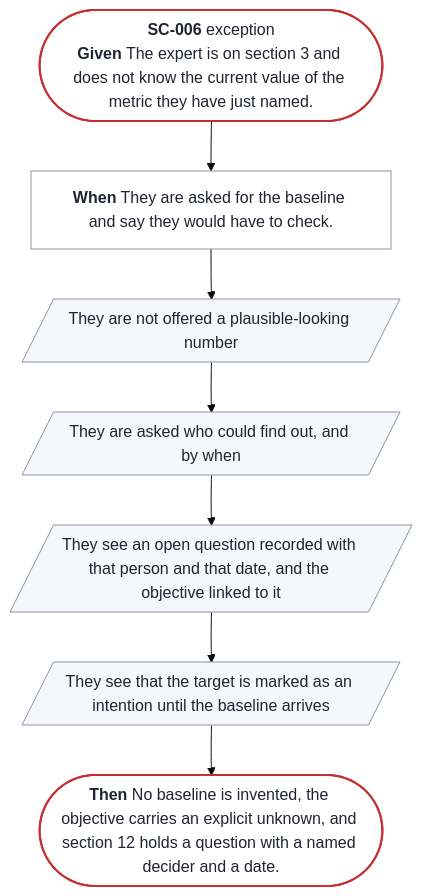
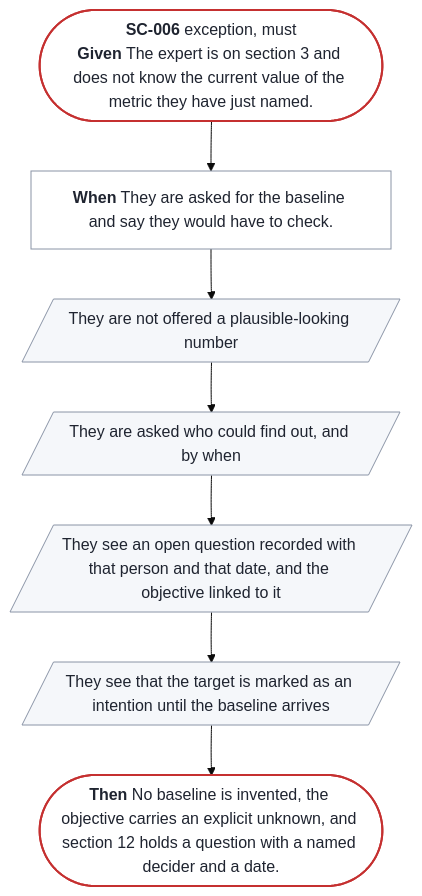
Before and after one commit to SpillwaveSolutions/prd-forge: the diagram in docs/prd/prd-forge/diagrams/SC-006.mmd, drawn with Mermaid (base theme). The commit also changed 116 other files, not shown here.

```diff
--- a/docs/prd/prd-forge/diagrams/SC-006.mmd
+++ b/docs/prd/prd-forge/diagrams/SC-006.mmd
@@ -1,20 +1,20 @@
 %% Generated by prd-diagrams.mjs from the scenario front matter. Do not edit.
 %%{init: {"flowchart": {"wrappingWidth": 300}}}%%
 flowchart TB
-  start(["<b>SC-006</b> exception<br/><b>Given</b> The expert is on section 3 and does not know the current value of the metric they have just named."])
+  start(["<b>SC-006</b> exception, must<br/><b>Given</b> The expert is on section 3 and does not know the current value of the metric they have just named."])
   trigger["<b>When</b> They are asked for the baseline and say they would have to check."]
   s0[/"They are not offered a plausible-looking number"/]
   s1[/"They are asked who could find out, and by when"/]
   s2[/"They see an open question recorded with that person and that date, and the objective linked to it"/]
   s3[/"They see that the target is marked as an intention until the baseline arrives"/]
   done(["<b>Then</b> No baseline is invented, the objective carries an explicit unknown, and section 12 holds a question with a named decider and a date."])
   start --> trigger --> s0 --> s1 --> s2 --> s3 --> done
   classDef ends fill:#FFFFFF,stroke:#C53030,stroke-width:2px,color:#1F2430
   classDef sees fill:#F5F7FA,stroke:#8A94A6,color:#1F2430
   classDef does fill:#FFFFFF,stroke:#8A94A6,color:#1F2430
   class start,done ends
   class s0 sees
   class s1 sees
   class s2 sees
   class s3 sees
   class trigger does
```
